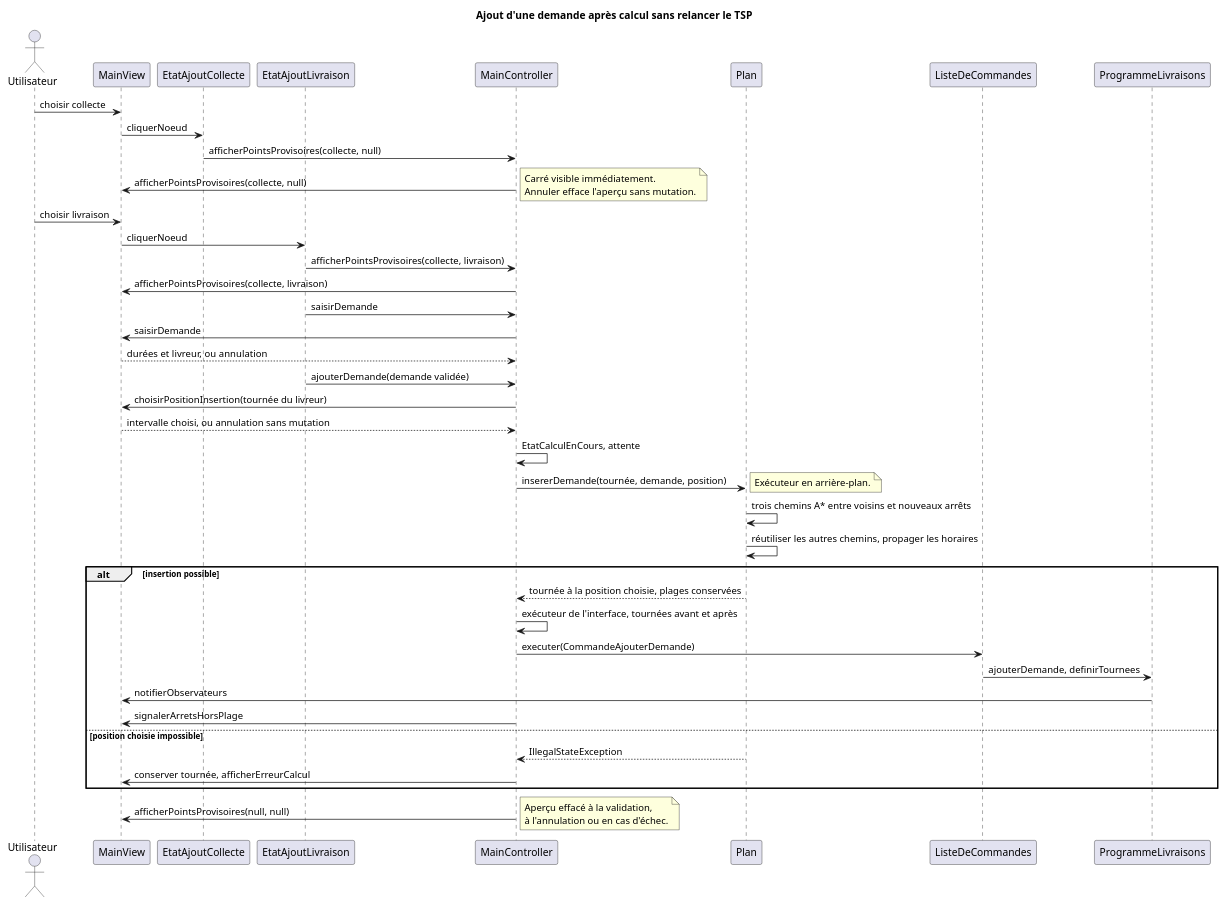
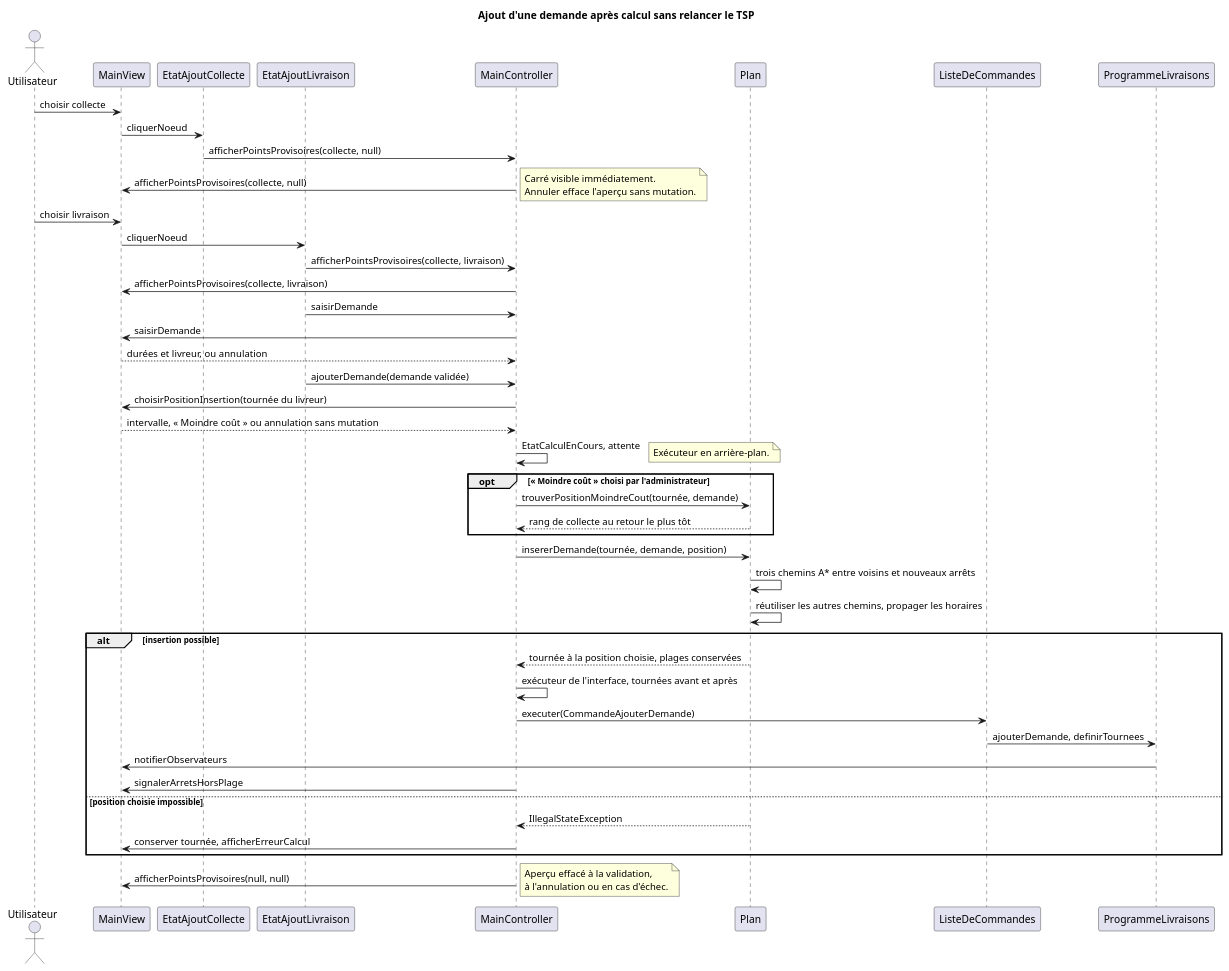
One commit to tristanhp/Optimod-Lyon changed the diagram in docs/diagrams/sequence-ajout-demande.puml. Above: the diagram before and after it, drawn with PlantUML. The commit also changed 16 other files, not shown here.

```diff
--- a/docs/diagrams/sequence-ajout-demande.puml
+++ b/docs/diagrams/sequence-ajout-demande.puml
@@ -1,44 +1,48 @@
 @startuml sequence-ajout-demande
 title Ajout d'une demande après calcul sans relancer le TSP
 actor Utilisateur
 participant MainView
 participant EtatAjoutCollecte
 participant EtatAjoutLivraison
 participant MainController
 participant Plan
 participant ListeDeCommandes
 participant ProgrammeLivraisons
 Utilisateur -> MainView : choisir collecte
 MainView -> EtatAjoutCollecte : cliquerNoeud
 EtatAjoutCollecte -> MainController : afficherPointsProvisoires(collecte, null)
 MainController -> MainView : afficherPointsProvisoires(collecte, null)
 note right : Carré visible immédiatement.\nAnnuler efface l'aperçu sans mutation.
 Utilisateur -> MainView : choisir livraison
 MainView -> EtatAjoutLivraison : cliquerNoeud
 EtatAjoutLivraison -> MainController : afficherPointsProvisoires(collecte, livraison)
 MainController -> MainView : afficherPointsProvisoires(collecte, livraison)
 EtatAjoutLivraison -> MainController : saisirDemande
 MainController -> MainView : saisirDemande
 MainView --> MainController : durées et livreur, ou annulation
 EtatAjoutLivraison -> MainController : ajouterDemande(demande validée)
 MainController -> MainView : choisirPositionInsertion(tournée du livreur)
-MainView --> MainController : intervalle choisi, ou annulation sans mutation
+MainView --> MainController : intervalle, « Moindre coût » ou annulation sans mutation
 MainController -> MainController : EtatCalculEnCours, attente
+note right : Exécuteur en arrière-plan.
+opt « Moindre coût » choisi par l'administrateur
+  MainController -> Plan : trouverPositionMoindreCout(tournée, demande)
+  Plan --> MainController : rang de collecte au retour le plus tôt
+end
 MainController -> Plan : insererDemande(tournée, demande, position)
-note right : Exécuteur en arrière-plan.
 Plan -> Plan : trois chemins A* entre voisins et nouveaux arrêts
 Plan -> Plan : réutiliser les autres chemins, propager les horaires
 alt insertion possible
   Plan --> MainController : tournée à la position choisie, plages conservées
   MainController -> MainController : exécuteur de l'interface, tournées avant et après
   MainController -> ListeDeCommandes : executer(CommandeAjouterDemande)
   ListeDeCommandes -> ProgrammeLivraisons : ajouterDemande, definirTournees
   ProgrammeLivraisons -> MainView : notifierObservateurs
   MainController -> MainView : signalerArretsHorsPlage
 else position choisie impossible
   Plan --> MainController : IllegalStateException
   MainController -> MainView : conserver tournée, afficherErreurCalcul
 end
 MainController -> MainView : afficherPointsProvisoires(null, null)
 note right : Aperçu effacé à la validation,\nà l'annulation ou en cas d'échec.
 @enduml
```
